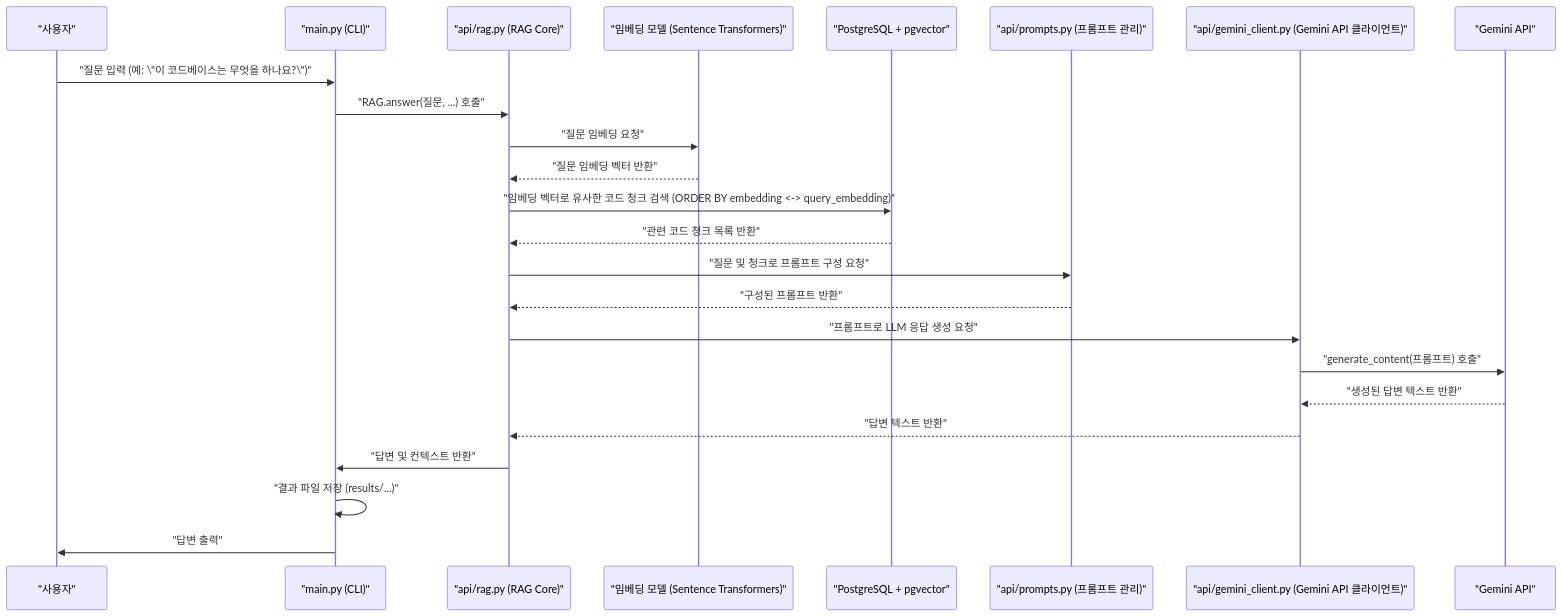
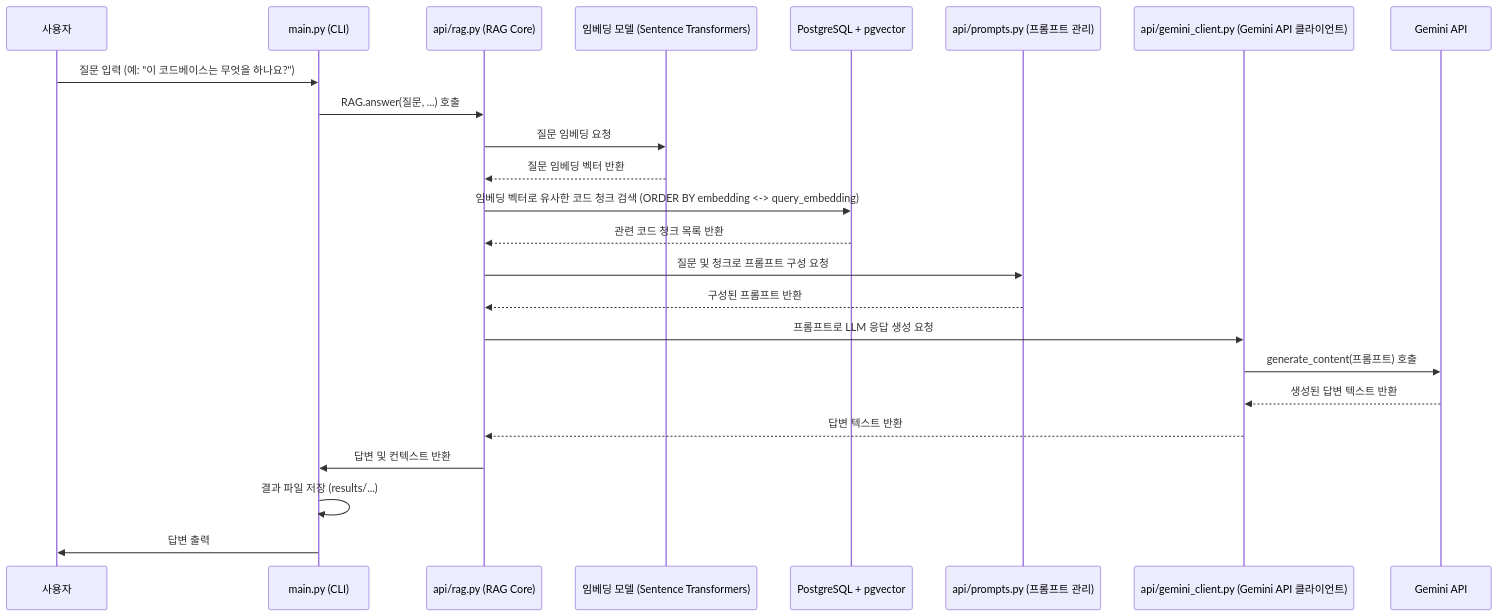
One commit to woosikseol/deepwiki-open changed the fourth of 4 diagrams in python_kb/.adalflow/wikicache/python_rag/architecture.md. Above: the diagram before and after it, drawn with Mermaid. The commit also changed other lines of this file and 30 other files, not shown here.

Commit message:
llm mermaid validation

````diff
--- a/python_kb/.adalflow/wikicache/python_rag/architecture.md
+++ b/python_kb/.adalflow/wikicache/python_rag/architecture.md
@@ -267,27 +267,27 @@
 ```mermaid
 sequenceDiagram
-    participant User as "사용자"
-    participant Main as "main.py (CLI)"
-    participant RAG as "api/rag.py (RAG Core)"
-    participant Embed as "임베딩 모델 (Sentence Transformers)"
-    participant DB as "PostgreSQL + pgvector"
-    participant Prompt as "api/prompts.py (프롬프트 관리)"
-    participant Gemini as "api/gemini_client.py (Gemini API 클라이언트)"
-    participant LLM as "Gemini API"
+    participant User as 사용자
+    participant Main as main.py (CLI)
+    participant RAG as api/rag.py (RAG Core)
+    participant Embed as 임베딩 모델 (Sentence Transformers)
+    participant DB as PostgreSQL + pgvector
+    participant Prompt as api/prompts.py (프롬프트 관리)
+    participant Gemini as api/gemini_client.py (Gemini API 클라이언트)
+    participant LLM as Gemini API
 
-    User->>Main: "질문 입력 (예: \"이 코드베이스는 무엇을 하나요?\")"
-    Main->>RAG: "RAG.answer(질문, ...) 호출"
-    RAG->>Embed: "질문 임베딩 요청"
-    Embed-->>RAG: "질문 임베딩 벡터 반환"
-    RAG->>DB: "임베딩 벡터로 유사한 코드 청크 검색 (ORDER BY embedding <-> query_embedding)"
-    DB-->>RAG: "관련 코드 청크 목록 반환"
-    RAG->>Prompt: "질문 및 청크로 프롬프트 구성 요청"
-    Prompt-->>RAG: "구성된 프롬프트 반환"
-    RAG->>Gemini: "프롬프트로 LLM 응답 생성 요청"
-    Gemini->>LLM: "generate_content(프롬프트) 호출"
-    LLM-->>Gemini: "생성된 답변 텍스트 반환"
-    Gemini-->>RAG: "답변 텍스트 반환"
-    RAG->>Main: "답변 및 컨텍스트 반환"
-    Main->>Main: "결과 파일 저장 (results/...)"
-    Main->>User: "답변 출력"
+    User->>Main: 질문 입력 (예: "이 코드베이스는 무엇을 하나요?")
+    Main->>RAG: RAG.answer(질문, ...) 호출
+    RAG->>Embed: 질문 임베딩 요청
+    Embed-->>RAG: 질문 임베딩 벡터 반환
+    RAG->>DB: 임베딩 벡터로 유사한 코드 청크 검색 (ORDER BY embedding <-> query_embedding)
+    DB-->>RAG: 관련 코드 청크 목록 반환
+    RAG->>Prompt: 질문 및 청크로 프롬프트 구성 요청
+    Prompt-->>RAG: 구성된 프롬프트 반환
+    RAG->>Gemini: 프롬프트로 LLM 응답 생성 요청
+    Gemini->>LLM: generate_content(프롬프트) 호출
+    LLM-->>Gemini: 생성된 답변 텍스트 반환
+    Gemini-->>RAG: 답변 텍스트 반환
+    RAG->>Main: 답변 및 컨텍스트 반환
+    Main->>Main: 결과 파일 저장 (results/...)
+    Main->>User: 답변 출력
 ```
````
